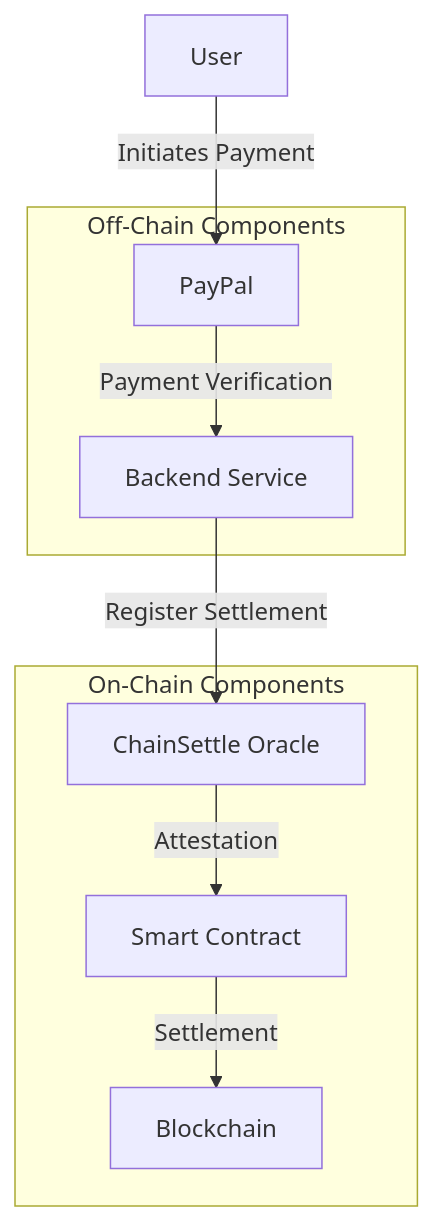
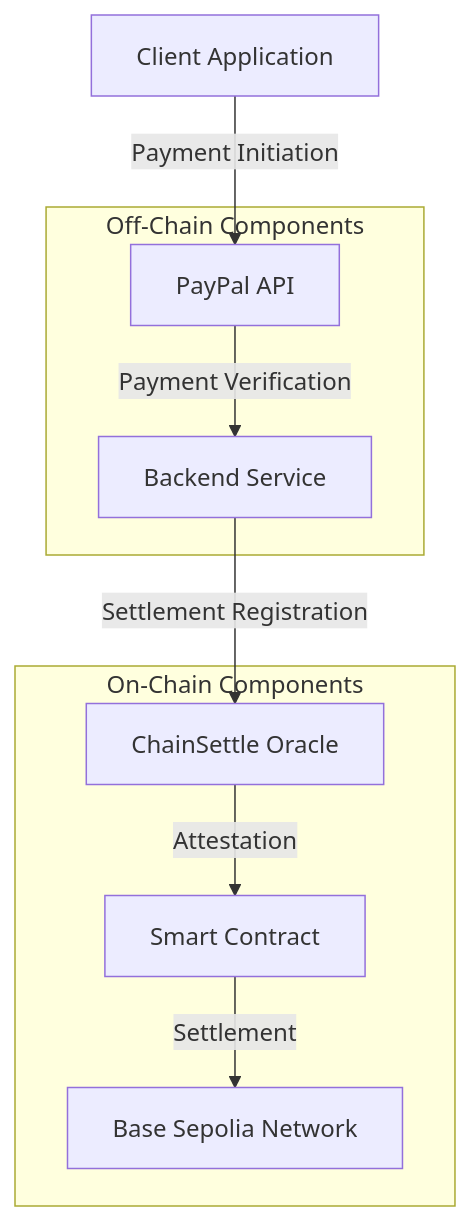
The first of 2 diagrams in TODO.md (tapilew/settlement-ramp), drawn with Mermaid before and after one commit. The commit also changed other lines of this file, not shown here.

````diff
--- a/TODO.md
+++ b/TODO.md
@@ -93,19 +9,19 @@
 ```mermaid
 graph TD
-    A[User] -->|Initiates Payment| B[PayPal]
+    A[Client Application] -->|Payment Initiation| B[PayPal API]
     B -->|Payment Verification| C[Backend Service]
-    C -->|Register Settlement| D[ChainSettle Oracle]
+    C -->|Settlement Registration| D[ChainSettle Oracle]
     D -->|Attestation| E[Smart Contract]
-    E -->|Settlement| F[Blockchain]
+    E -->|Settlement| F[Base Sepolia Network]
     
     subgraph "Off-Chain Components"
         B
         C
     end
     
     subgraph "On-Chain Components"
         D
         E
         F
     end
 ```
````
